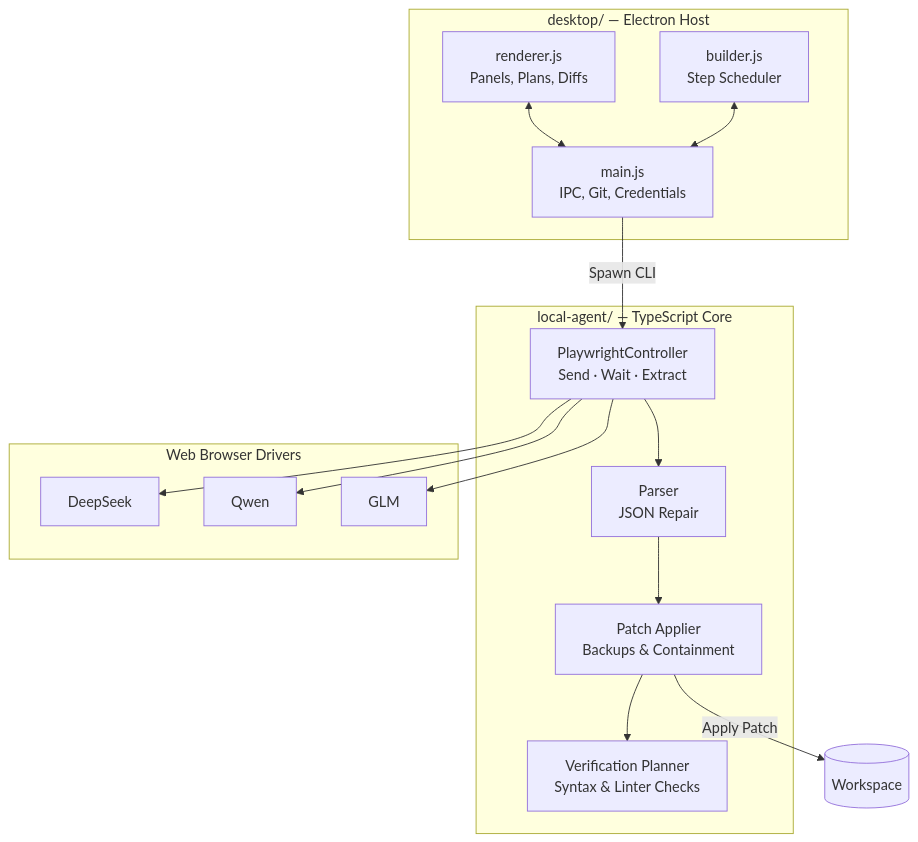
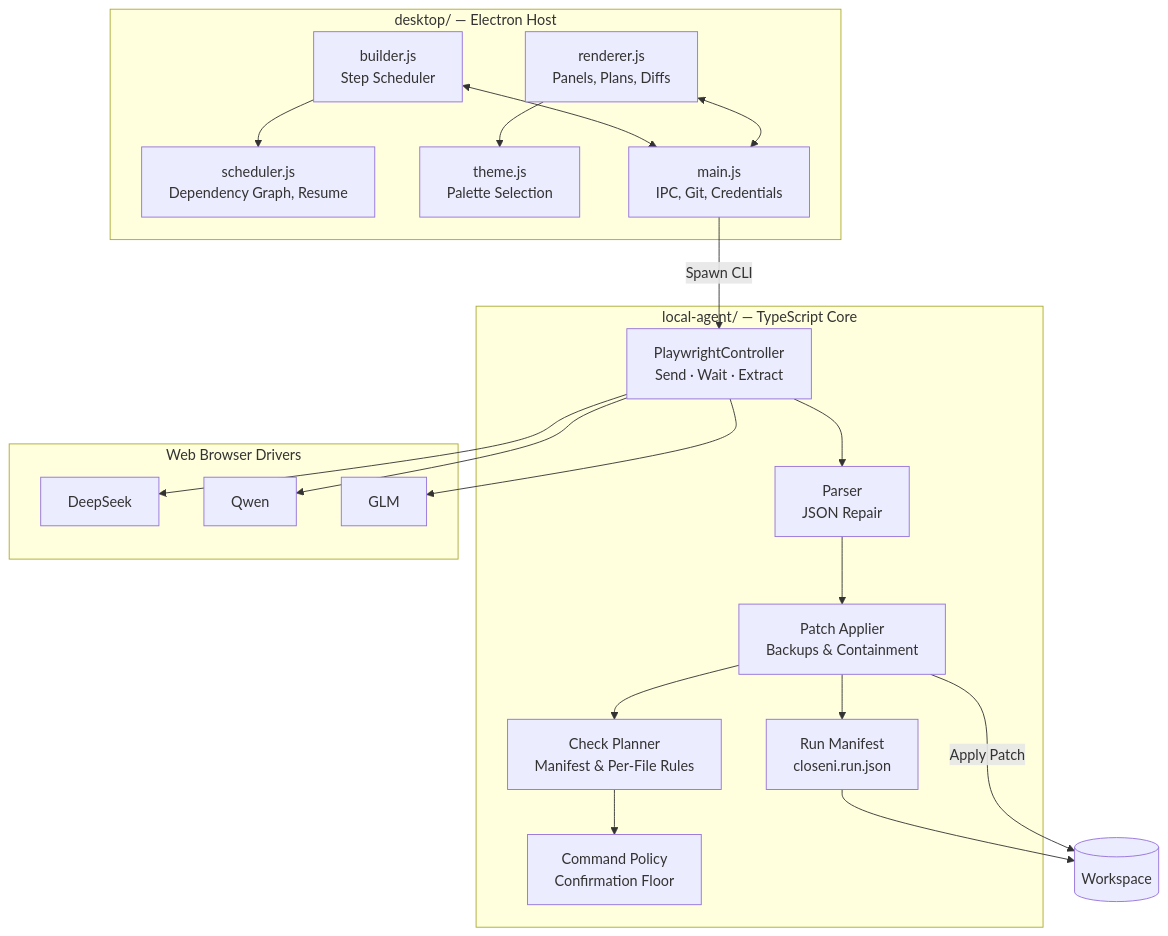
The diagram in README.md (siddarth1872004/CloseNI), drawn with Mermaid before and after one commit. The commit also changed other lines of this file and 14 other files, not shown here.

First line of the commit message:
Overhaul the README and Pages site with real screenshots and animated diagrams

````diff
--- a/README.md
+++ b/README.md
@@ -63,30 +345,39 @@
 ```mermaid
 flowchart TB
     subgraph desktop["desktop/ — Electron Host"]
         R["renderer.js<br/>Panels, Plans, Diffs"]
         B["builder.js<br/>Step Scheduler"]
+        S["scheduler.js<br/>Dependency Graph, Resume"]
+        T["theme.js<br/>Palette Selection"]
         M["main.js<br/>IPC, Git, Credentials"]
         R <--> M
         B <--> M
+        B --> S
+        R --> T
     end
 
     subgraph agent["local-agent/ — TypeScript Core"]
         C["PlaywrightController<br/>Send · Wait · Extract"]
         P["Parser<br/>JSON Repair"]
         A["Patch Applier<br/>Backups & Containment"]
-        V["Verification Planner<br/>Syntax & Linter Checks"]
+        V["Check Planner<br/>Manifest & Per-File Rules"]
+        X["Command Policy<br/>Confirmation Floor"]
+        N["Run Manifest<br/>closeni.run.json"]
         C --> P --> A --> V
+        V --> X
+        A --> N
     end
 
     subgraph web["Web Browser Drivers"]
         D["DeepSeek"]
         Q["Qwen"]
         G["GLM"]
     end
 
     M -->|"Spawn CLI"| C
     C --> D
     C --> Q
     C --> G
     A -->|"Apply Patch"| W[("Workspace")]
+    N --> W
 ```
````
